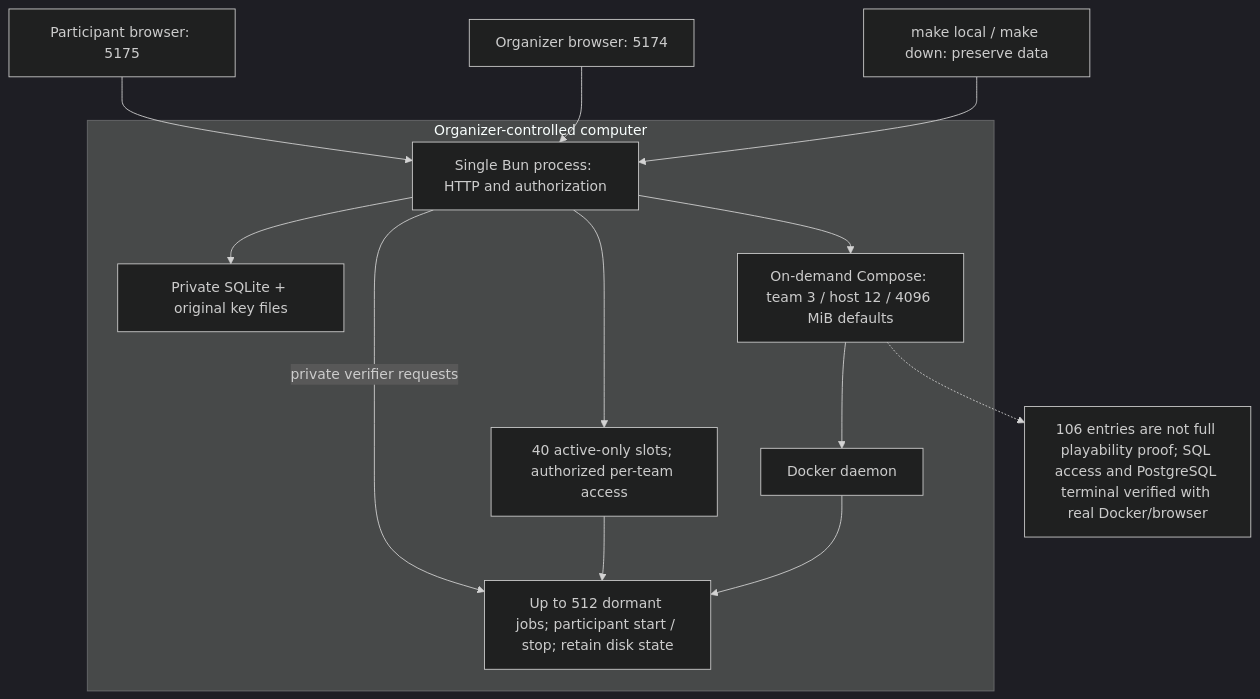
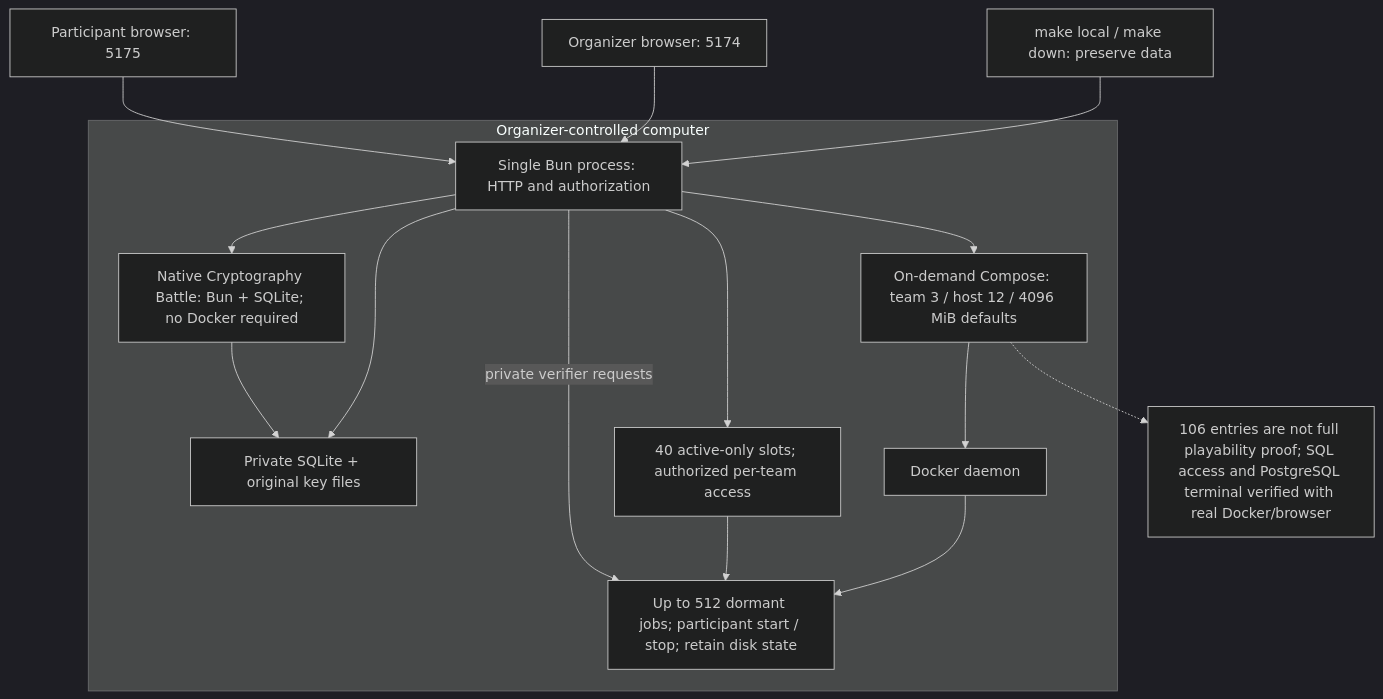
Before and after one commit to susumutomita/TenkaCloud: the diagram in docs/architecture/diagrams/local-components.mmd, drawn with Mermaid (dark theme). The commit also changed 60 other files, not shown here.

Commit message:
feat: add reviewed cloud setup and preserve current architecture guidance

```diff
--- a/docs/architecture/diagrams/local-components.mmd
+++ b/docs/architecture/diagrams/local-components.mmd
@@ -1,24 +1,27 @@
 flowchart TB
   Start["make local / make down: preserve data"]
   Admin["Organizer browser: 5174"]
   Player["Participant browser: 5175"]
   subgraph Machine["Organizer-controlled computer"]
     Bun["Single Bun process: HTTP and authorization"]
     SQLite["Private SQLite + original key files"]
+    Native["Native Cryptography Battle: Bun + SQLite; no Docker required"]
     Runner["On-demand Compose: team 3 / host 12 / 4096 MiB defaults"]
     Gateway["40 active-only slots; authorized per-team access"]
     Docker["Docker daemon"]
     Problem["Up to 512 dormant jobs; participant start / stop; retain disk state"]
   end
   Start --> Bun
   Admin --> Bun
   Player --> Bun
   Bun --> SQLite
+  Bun --> Native
+  Native --> SQLite
   Bun --> Runner
   Runner --> Docker
   Docker --> Problem
   Bun --> Gateway
   Gateway --> Problem
   Bun -->|"private verifier requests"| Problem
   Note["106 entries are not full playability proof; SQL access and PostgreSQL terminal verified with real Docker/browser"]
   Runner -.-> Note
```
